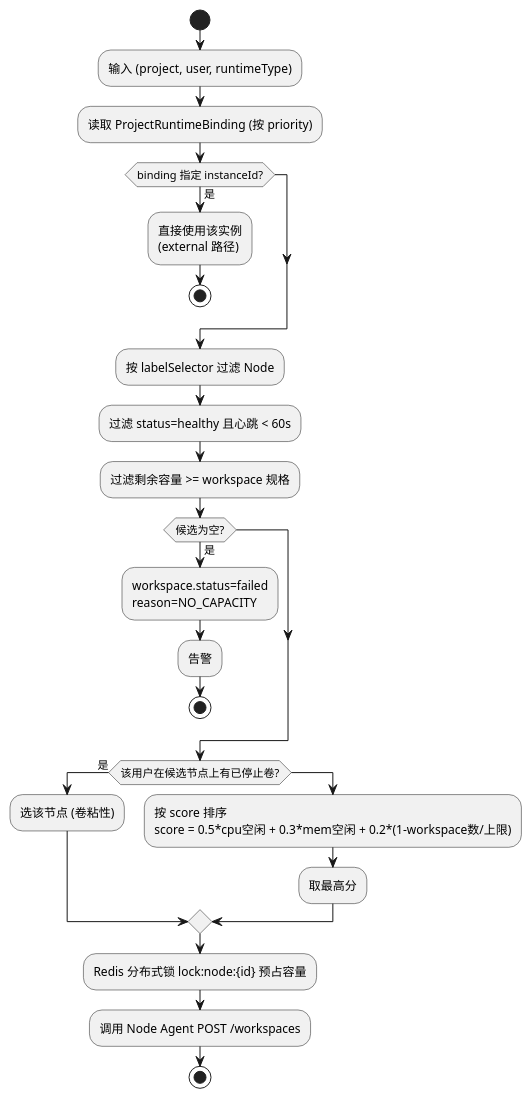
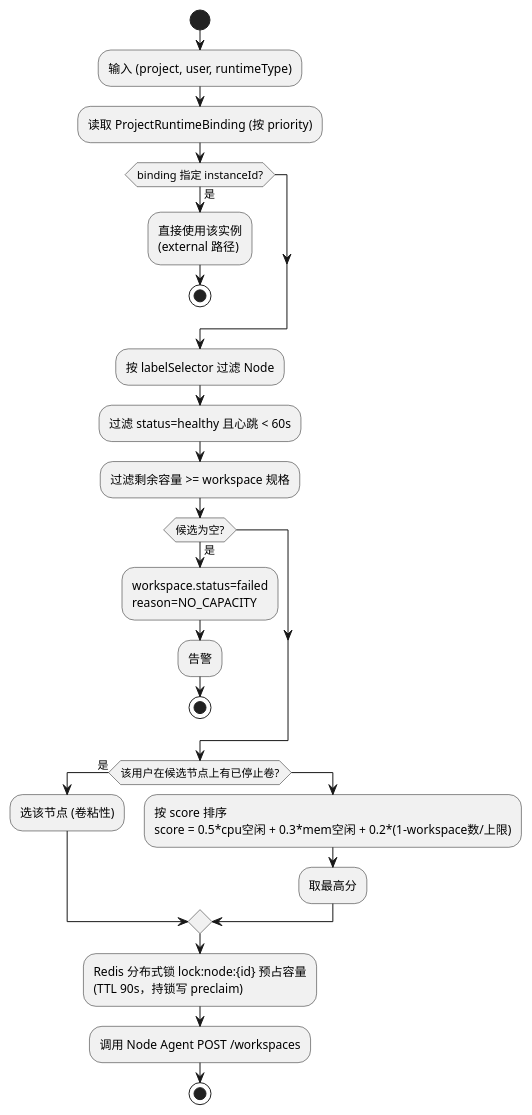
One commit to JackLuguibin/AgentHubEx changed the fourth of 6 diagrams in docs/architecture/05-runtime-instances.md. Above: the diagram before and after it, drawn with PlantUML. The commit also changed other lines of this file and 19 other files, not shown here.

````diff
--- a/docs/architecture/05-runtime-instances.md
+++ b/docs/architecture/05-runtime-instances.md
@@ -94,28 +101,28 @@
 ```plantuml
 @startuml schedule
 start
 :输入 (project, user, runtimeType);
 :读取 ProjectRuntimeBinding (按 priority);
 if (binding 指定 instanceId?) then (是)
   :直接使用该实例\n(external 路径);
   stop
 endif
 :按 labelSelector 过滤 Node;
 :过滤 status=healthy 且心跳 < 60s;
 :过滤剩余容量 >= workspace 规格;
 if (候选为空?) then (是)
   :workspace.status=failed\nreason=NO_CAPACITY;
   :告警;
   stop
 endif
 if (该用户在候选节点上有已停止卷?) then (是)
   :选该节点 (卷粘性);
 else
   :按 score 排序\nscore = 0.5*cpu空闲 + 0.3*mem空闲 + 0.2*(1-workspace数/上限);
   :取最高分;
 endif
-:Redis 分布式锁 lock:node:{id} 预占容量;
+:Redis 分布式锁 lock:node:{id} 预占容量\n(TTL 90s，持锁写 preclaim);
 :调用 Node Agent POST /workspaces;
 stop
 @enduml
 ```
````
